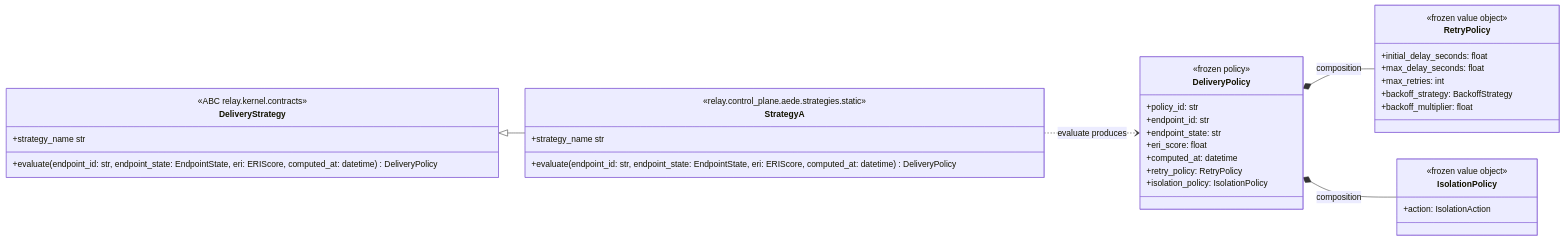
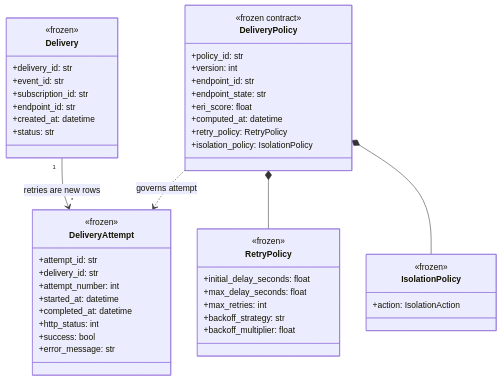
The second of 4 diagrams in docs/Diagrams/data-plane-class-diagram.md (RelayForged/relayforge), drawn with Mermaid before and after one commit. The commit also changed other lines of this file and 3 other files, not shown here.

First line of the commit message:
docs: redesign Weeks 1-4 Data Plane UML diagrams

````diff
--- a/docs/Diagrams/data-plane-class-diagram.md
+++ b/docs/Diagrams/data-plane-class-diagram.md
@@ -105,46 +64,57 @@
 ```mermaid
 classDiagram
-    direction LR
+    direction TB
 
-    class DeliveryStrategy {
-        <<ABC relay.kernel.contracts>>
-        +strategy_name str
-        +evaluate(endpoint_id: str, endpoint_state: EndpointState, eri: ERIScore, computed_at: datetime) DeliveryPolicy
+    class Delivery {
+        <<frozen>>
+        +delivery_id: str
+        +event_id: str
+        +subscription_id: str
+        +endpoint_id: str
+        +created_at: datetime
+        +status: str
     }
 
-    class StrategyA {
-        <<relay.control_plane.aede.strategies.static>>
-        +strategy_name str
-        +evaluate(endpoint_id: str, endpoint_state: EndpointState, eri: ERIScore, computed_at: datetime) DeliveryPolicy
+    class DeliveryAttempt {
+        <<frozen>>
+        +attempt_id: str
+        +delivery_id: str
+        +attempt_number: int
+        +started_at: datetime
+        +completed_at: datetime
+        +http_status: int
+        +success: bool
+        +error_message: str
     }
 
     class DeliveryPolicy {
-        <<frozen policy>>
+        <<frozen contract>>
         +policy_id: str
+        +version: int
         +endpoint_id: str
         +endpoint_state: str
         +eri_score: float
         +computed_at: datetime
         +retry_policy: RetryPolicy
         +isolation_policy: IsolationPolicy
     }
 
     class RetryPolicy {
-        <<frozen value object>>
+        <<frozen>>
         +initial_delay_seconds: float
         +max_delay_seconds: float
         +max_retries: int
-        +backoff_strategy: BackoffStrategy
+        +backoff_strategy: str
         +backoff_multiplier: float
     }
 
     class IsolationPolicy {
-        <<frozen value object>>
+        <<frozen>>
         +action: IsolationAction
     }
 
-    DeliveryStrategy <|-- StrategyA
-    StrategyA ..> DeliveryPolicy : evaluate produces
-    DeliveryPolicy *-- RetryPolicy : composition
-    DeliveryPolicy *-- IsolationPolicy : composition
+    Delivery "1" --> "*" DeliveryAttempt : retries are new rows
+    DeliveryPolicy *-- RetryPolicy
+    DeliveryPolicy *-- IsolationPolicy
+    DeliveryPolicy ..> DeliveryAttempt : governs attempt
 ```
````
